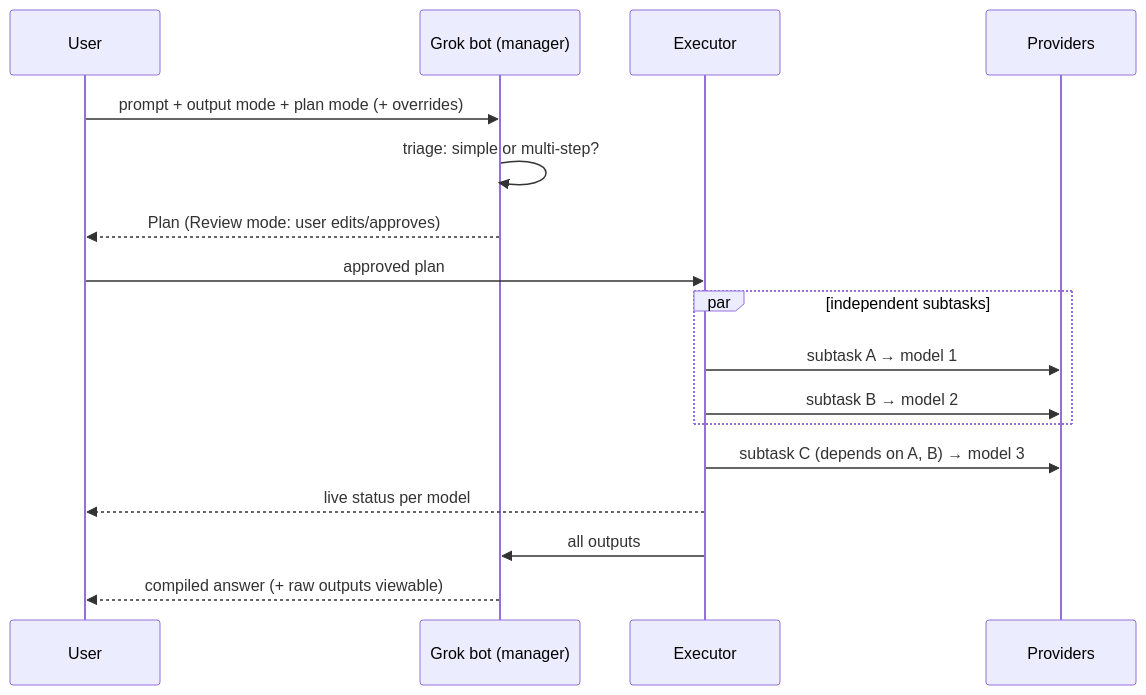
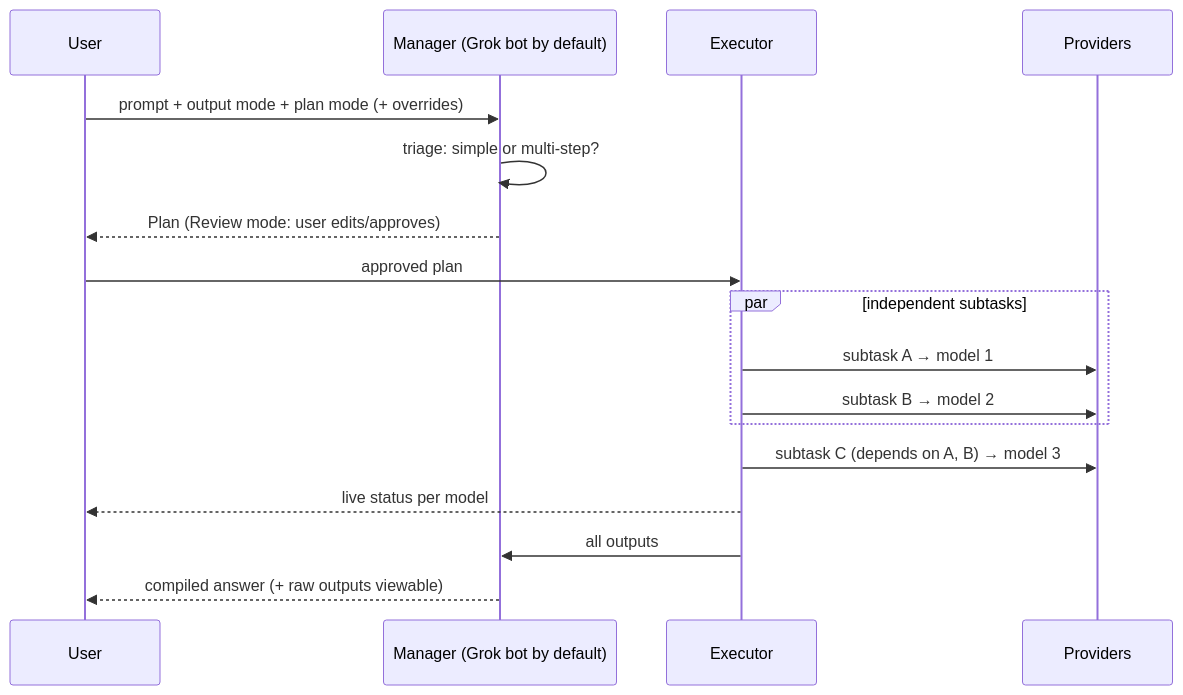
The diagram in docs/03-orchestration.md (JamesKLadd/ultimatellm), drawn with Mermaid before and after one commit. The commit also changed other lines of this file and 21 other files, not shown here.

````diff
--- a/docs/03-orchestration.md
+++ b/docs/03-orchestration.md
@@ -5,19 +5,19 @@
 ```mermaid
 sequenceDiagram
   participant U as User
-  participant G as Grok bot (manager)
+  participant G as Manager (Grok bot by default)
   participant X as Executor
   participant P as Providers
   U->>G: prompt + output mode + plan mode (+ overrides)
   G->>G: triage: simple or multi-step?
   G-->>U: Plan (Review mode: user edits/approves)
   U->>X: approved plan
   par independent subtasks
     X->>P: subtask A → model 1
     X->>P: subtask B → model 2
   end
   X->>P: subtask C (depends on A, B) → model 3
   X-->>U: live status per model
   X->>G: all outputs
   G-->>U: compiled answer (+ raw outputs viewable)
 ```
````
